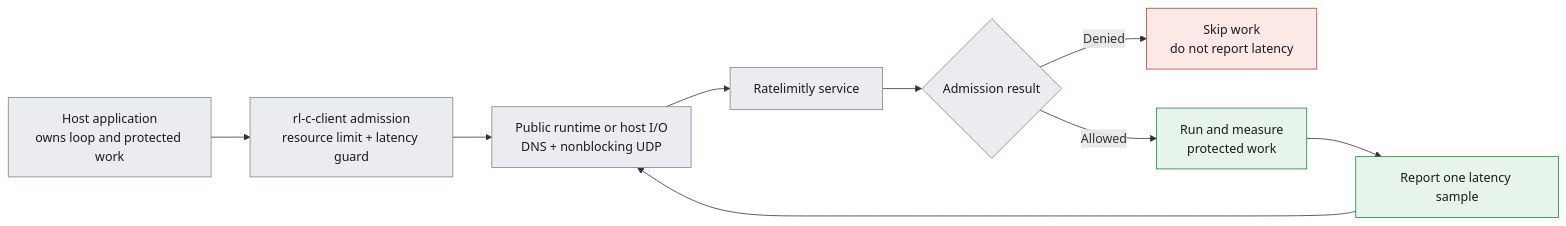
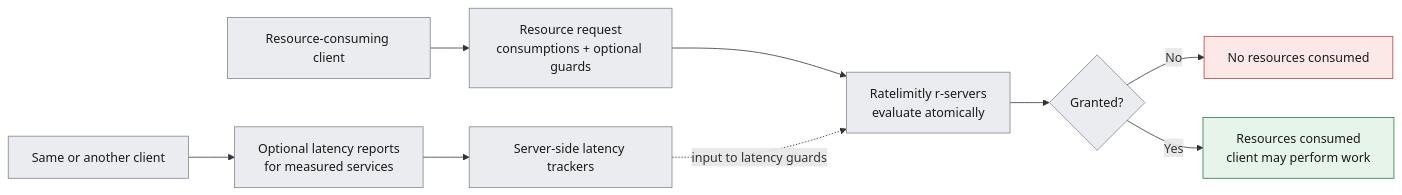
The diagram in README.md (ratelimitly-com/rl-c-client), drawn with Mermaid before and after one commit. The commit also changed other lines of this file and 5 other files, not shown here.

````diff
--- a/README.md
+++ b/README.md
@@ -19,15 +41,16 @@
 ```mermaid
 flowchart LR
-    Host["Host application<br/>owns loop and protected work"]:::neutral --> Admission["rl-c-client admission<br/>resource limit + latency guard"]:::neutral
-    Admission --> Runtime["Public runtime or host I/O<br/>DNS + nonblocking UDP"]:::neutral
-    Runtime --> Service["Ratelimitly service"]:::neutral
-    Service --> Decision{"Admission result"}:::neutral
-    Decision -->|Denied| Stop["Skip work<br/>do not report latency"]:::danger
-    Decision -->|Allowed| Work["Run and measure<br/>protected work"]:::success
-    Work --> Report["Report one latency sample"]:::success
-    Report --> Runtime
+    Consumer["Resource-consuming client"]:::neutral --> Request["Resource request<br/>consumptions + optional guards"]:::neutral
+    Request --> Evaluate["Ratelimitly r-servers<br/>evaluate atomically"]:::neutral
+    Evaluate --> Decision{"Granted?"}:::neutral
+    Decision -->|No| Rejected["No resources consumed"]:::danger
+    Decision -->|Yes| Granted["Resources consumed<br/>client may perform work"]:::success
+
+    Reporter["Same or another client"]:::neutral --> Report["Optional latency reports<br/>for measured services"]:::neutral
+    Report --> Trackers["Server-side latency trackers"]:::neutral
+    Trackers -. "input to latency guards" .-> Evaluate
 
     classDef neutral fill:#EAECEF,stroke:#7D8590,color:#1A1A1A;
     classDef danger fill:#FCE8E6,stroke:#B0413E,color:#1A1A1A;
     classDef success fill:#E6F4EA,stroke:#1E7E45,color:#1A1A1A;
 ```
````
